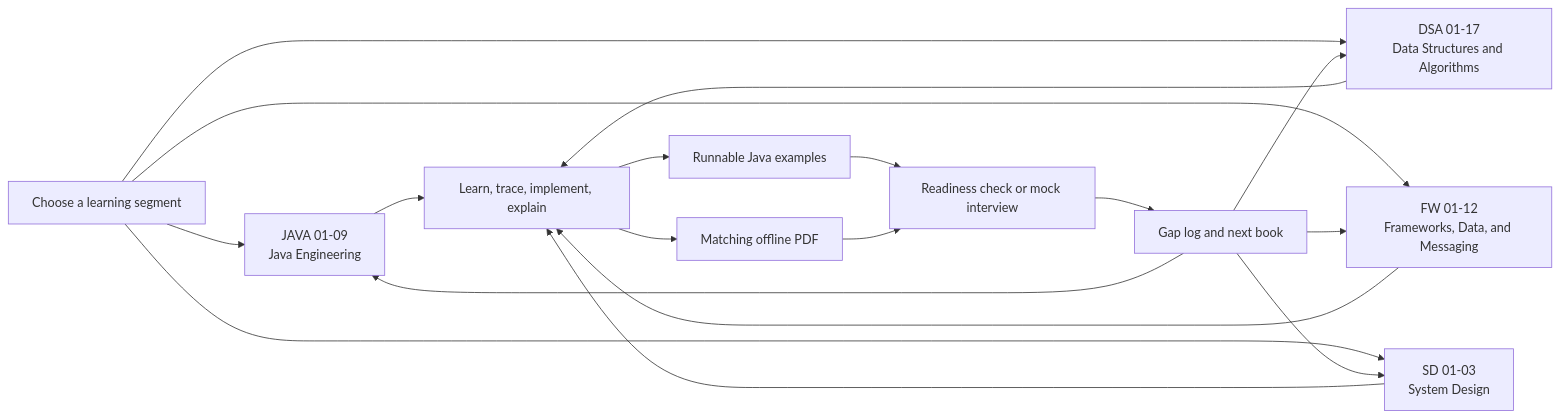
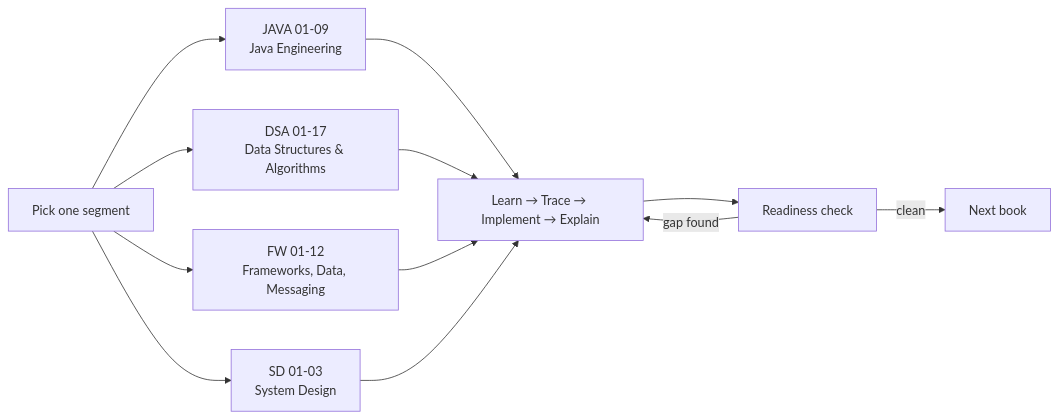
One commit to vinayreddykalluri/SDE2-Interview-Handbook changed the diagram in README.md. Above: the diagram before and after it, drawn with Mermaid. The commit also changed other lines of this file and 7 other files, not shown here.

````diff
--- a/README.md
+++ b/README.md
@@ -32,20 +82,14 @@
 ```mermaid
 flowchart LR
-    Start["Choose a learning segment"] --> Java["JAVA 01-09<br/>Java Engineering"]
-    Start --> DSA["DSA 01-17<br/>Data Structures and Algorithms"]
-    Start --> Frameworks["FW 01-12<br/>Frameworks, Data, and Messaging"]
-    Start --> Design["SD 01-03<br/>System Design"]
-    Java --> Practice["Learn, trace, implement, explain"]
-    DSA --> Practice
-    Frameworks --> Practice
-    Design --> Practice
-    Practice --> Code["Runnable Java examples"]
-    Practice --> PDF["Matching offline PDF"]
-    Code --> Mock["Readiness check or mock interview"]
-    PDF --> Mock
-    Mock --> Review["Gap log and next book"]
-    Review --> Java
-    Review --> DSA
-    Review --> Frameworks
-    Review --> Design
+    Start["Pick one segment"] --> Java["JAVA 01-09<br/>Java Engineering"]
+    Start --> DSA["DSA 01-17<br/>Data Structures & Algorithms"]
+    Start --> FW["FW 01-12<br/>Frameworks, Data, Messaging"]
+    Start --> SD["SD 01-03<br/>System Design"]
+    Java --> Loop["Learn → Trace → Implement → Explain"]
+    DSA --> Loop
+    FW --> Loop
+    SD --> Loop
+    Loop --> Gate["Readiness check"]
+    Gate -->|gap found| Loop
+    Gate -->|clean| Next["Next book"]
 ```
````
